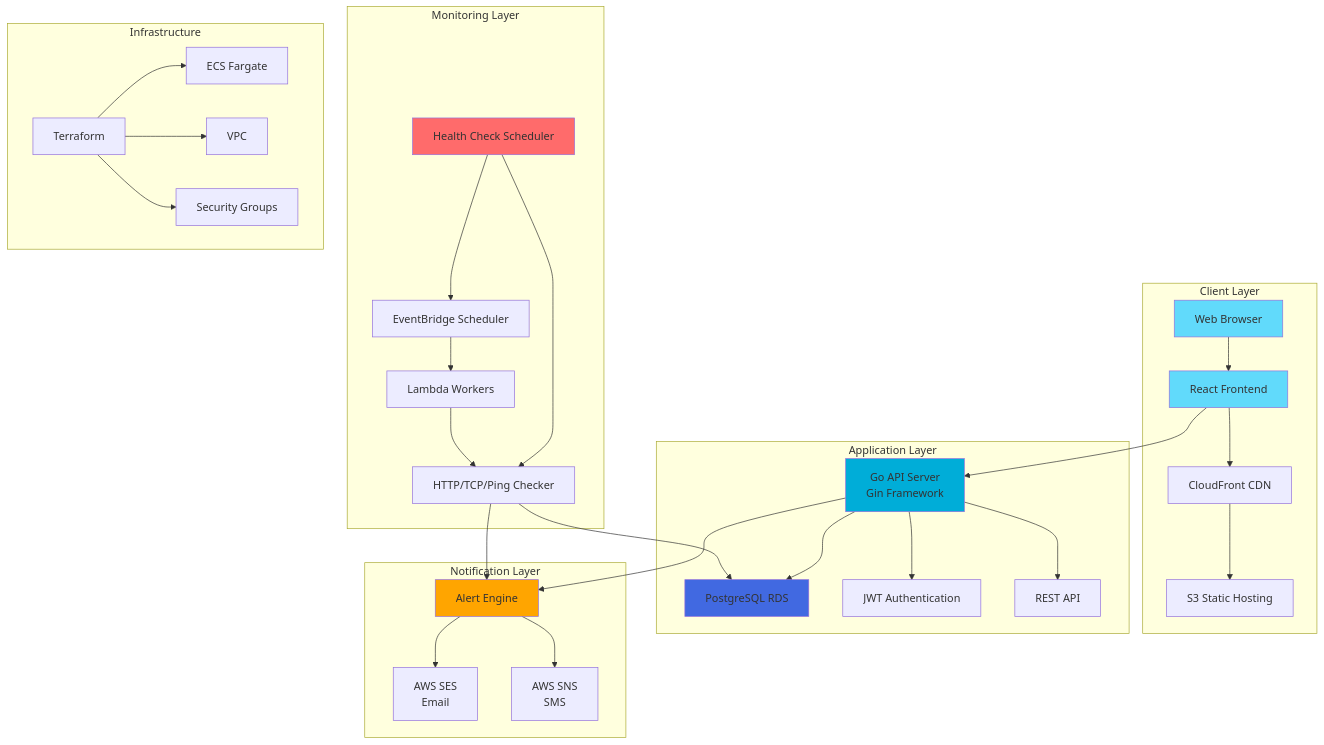
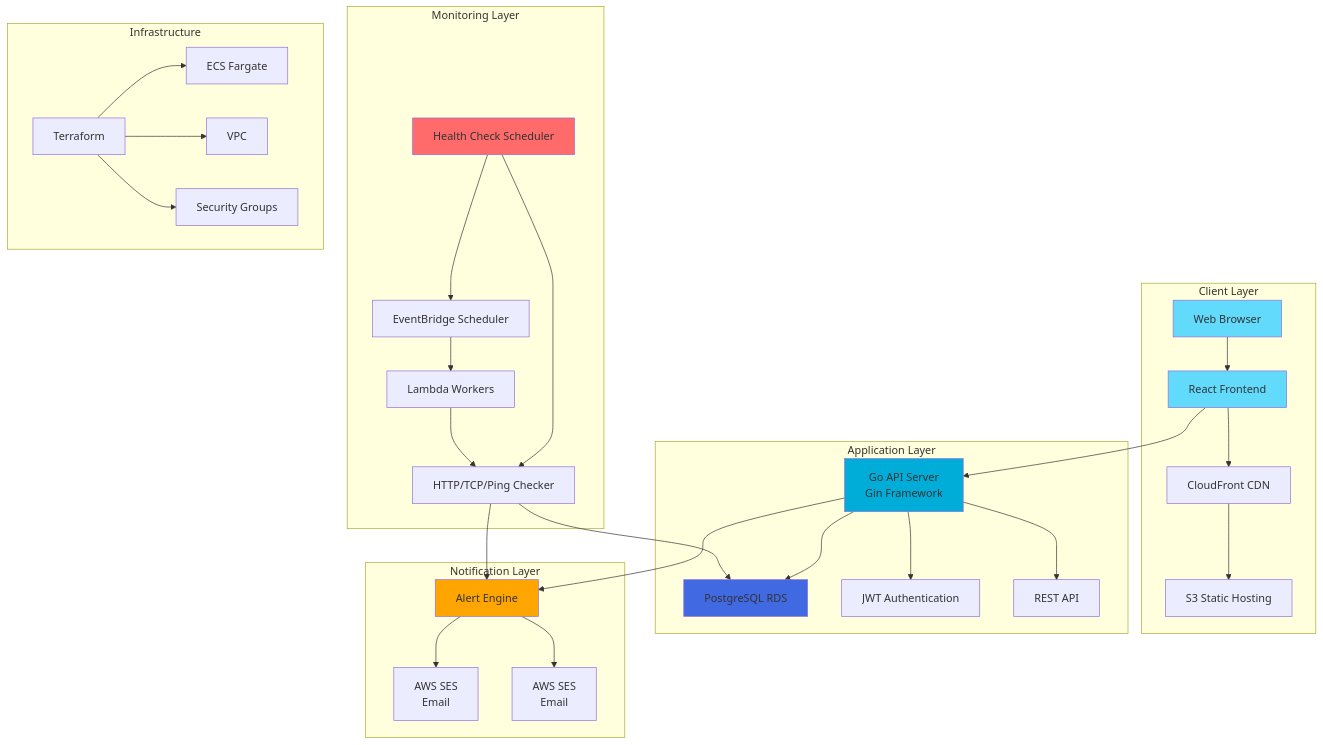
The diagram in README.md (thedevlake/pulsegrid-v1), drawn with Mermaid before and after one commit. The commit also changed other lines of this file, not shown here.

````diff
--- a/README.md
+++ b/README.md
@@ -64,44 +70,44 @@
 ```mermaid
 graph TB
     subgraph "Client Layer"
         A[Web Browser] --> B[React Frontend]
         B --> C[CloudFront CDN]
         C --> D[S3 Static Hosting]
     end
 
     subgraph "Application Layer"
         E[Go API Server<br/>Gin Framework] --> F[PostgreSQL RDS]
         E --> G[JWT Authentication]
         E --> H[REST API]
     end
 
     subgraph "Monitoring Layer"
         I[Health Check Scheduler] --> J[HTTP/TCP/Ping Checker]
         I --> K[EventBridge Scheduler]
         K --> L[Lambda Workers]
         L --> J
     end
 
     subgraph "Notification Layer"
         M[Alert Engine] --> N[AWS SES<br/>Email]
-        M --> O[AWS SNS<br/>SMS]
+        M --> O[AWS SES<br/>Email]
     end
 
     subgraph "Infrastructure"
         P[Terraform] --> Q[ECS Fargate]
         P --> R[VPC]
         P --> S[Security Groups]
     end
 
     B --> E
     J --> F
     J --> M
     E --> M
 
     style A fill:#61DAFB
     style B fill:#61DAFB
     style E fill:#00ADD8
     style F fill:#4169E1
     style I fill:#FF6B6B
     style M fill:#FFA500
 ```
````
